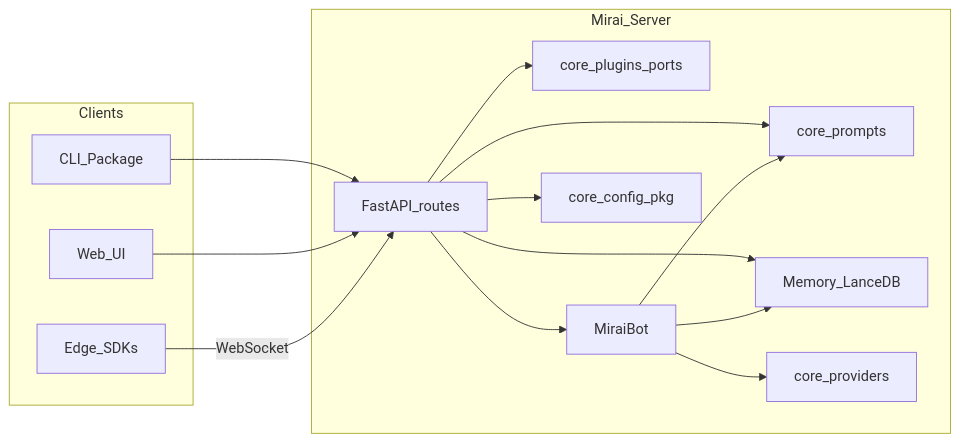
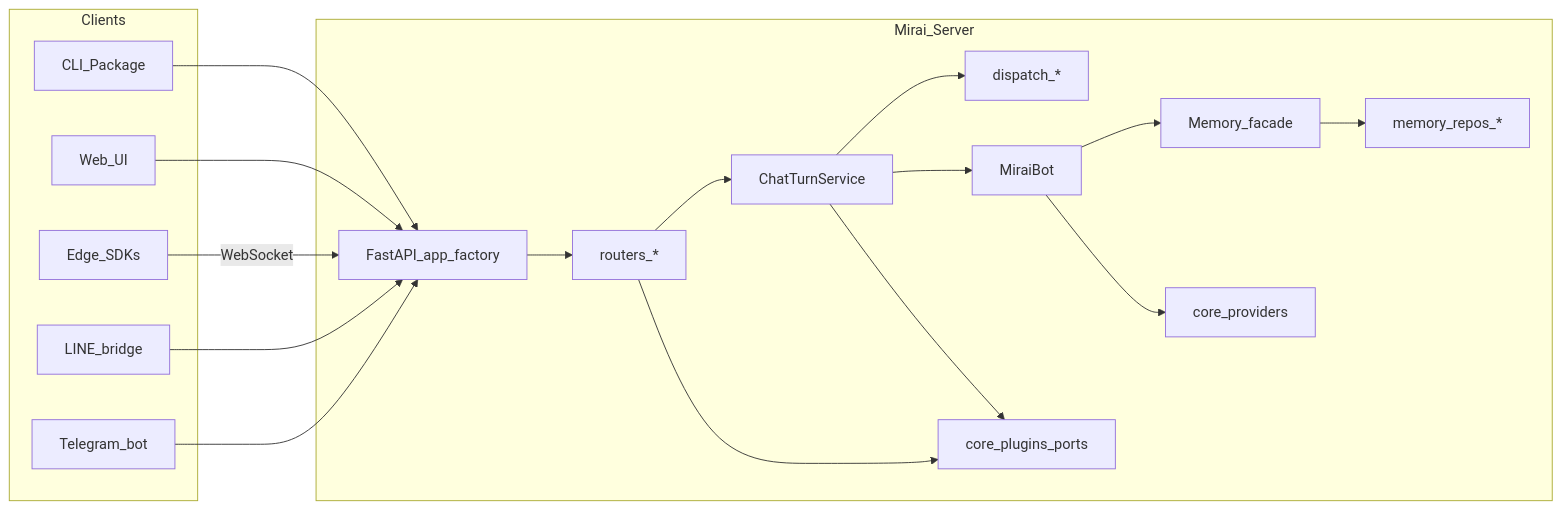
Before and after one commit to wenxijiao/mirai-agent: the diagram in docs/ARCHITECTURE.md, drawn with Mermaid. The commit also changed other lines of this file and 81 other files, not shown here.

````diff
--- a/docs/ARCHITECTURE.md
+++ b/docs/ARCHITECTURE.md
@@ -5,28 +5,35 @@
 ```mermaid
 flowchart LR
   subgraph clients [Clients]
     CLI[CLI_Package]
     UI[Web_UI]
     Edge[Edge_SDKs]
+    LINE[LINE_bridge]
+    TG[Telegram_bot]
   end
   subgraph server [Mirai_Server]
-    API[FastAPI_routes]
+    App[FastAPI_app_factory]
+    Routers[routers_*]
+    Service[ChatTurnService]
+    Dispatch[dispatch_*]
     Plugins[core_plugins_ports]
     Bot[MiraiBot]
-    Prompts[core_prompts]
-    Cfg[core_config_pkg]
-    Mem[Memory_LanceDB]
+    Mem[Memory_facade]
+    Repos[memory_repos_*]
     Prov[core_providers]
   end
-  CLI --> API
-  UI --> API
-  Edge -->|WebSocket| API
-  API --> Plugins
-  API --> Bot
-  API --> Mem
-  API --> Prompts
-  API --> Cfg
-  Bot --> Prompts
+  CLI --> App
+  UI --> App
+  LINE --> App
+  TG --> App
+  Edge -->|WebSocket| App
+  App --> Routers
+  Routers --> Service
+  Service --> Dispatch
+  Service --> Bot
   Bot --> Mem
+  Mem --> Repos
+  Service --> Plugins
+  Routers --> Plugins
   Bot --> Prov
 ```
````
